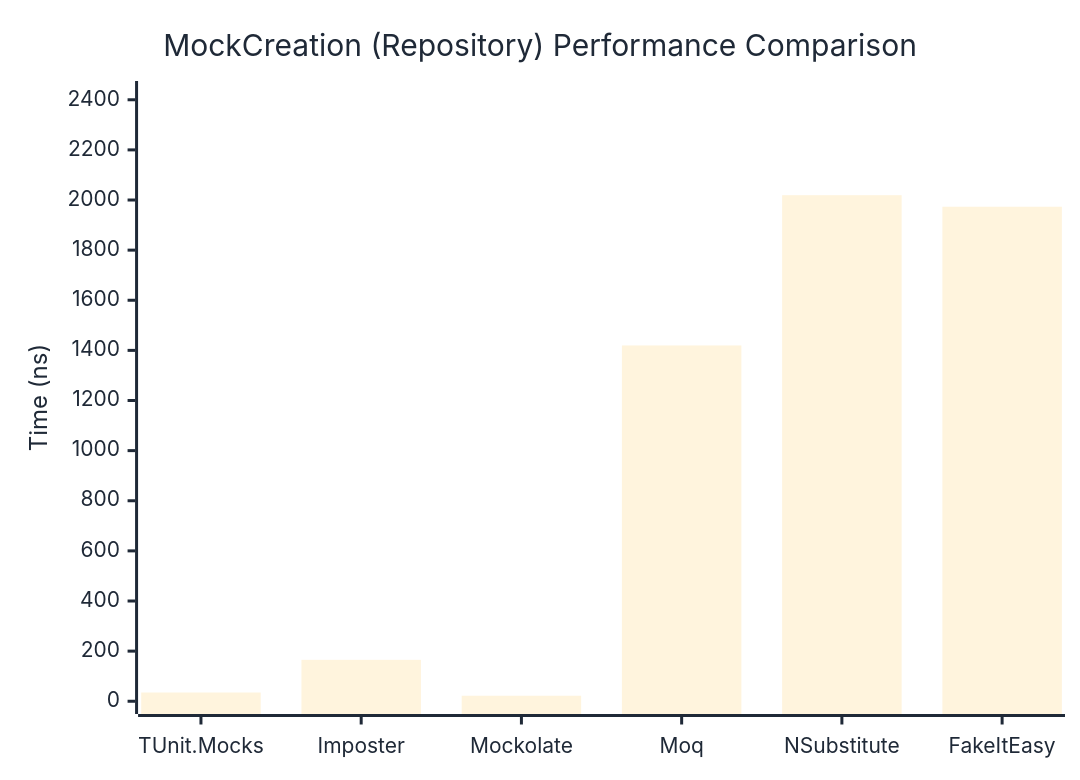
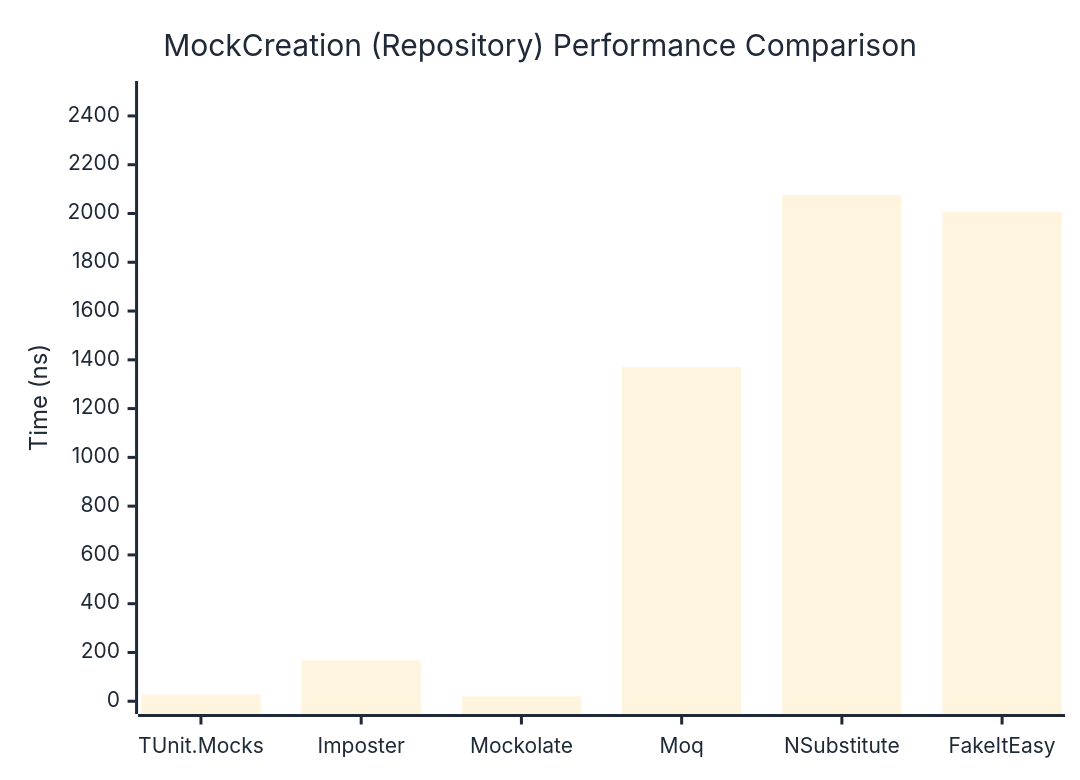
The second of 2 diagrams in docs/docs/benchmarks/mocks/MockCreation.md (thomhurst/TUnit), drawn with Mermaid before and after one commit. The commit also changed other lines of this file and 14 other files, not shown here.

````diff
--- a/docs/docs/benchmarks/mocks/MockCreation.md
+++ b/docs/docs/benchmarks/mocks/MockCreation.md
@@ -71,27 +71,27 @@
 ```mermaid
 %%{init: {
   'theme':'base',
   'themeVariables': {
     'primaryColor': '#2563eb',
     'primaryTextColor': '#1f2937',
     'primaryBorderColor': '#1e40af',
     'lineColor': '#6b7280',
     'secondaryColor': '#7c3aed',
     'tertiaryColor': '#dc2626',
     'background': '#ffffff',
     'pie1': '#2563eb',
     'pie2': '#7c3aed',
     'pie3': '#dc2626',
     'pie4': '#f59e0b',
     'pie5': '#10b981',
     'pie6': '#06b6d4',
     'pie7': '#ec4899',
     'pie8': '#6366f1'
   }
 }}%%
 xychart-beta
   title "MockCreation (Repository) Performance Comparison"
   x-axis ["TUnit.Mocks", "Imposter", "Mockolate", "Moq", "NSubstitute", "FakeItEasy"]
-  y-axis "Time (ns)" 0 --> 2424
-  bar [34.85, 165.25, 22.01, 1419.66, 2019.26, 1973.19]
+  y-axis "Time (ns)" 0 --> 2491
+  bar [28.36, 167.33, 19.59, 1370.53, 2075.34, 2006.4]
 ```
````
